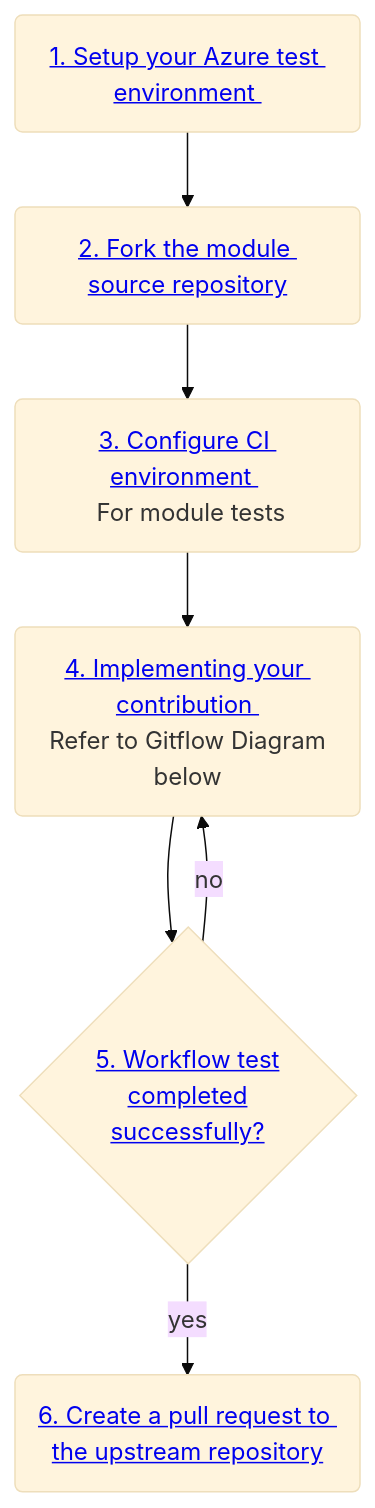
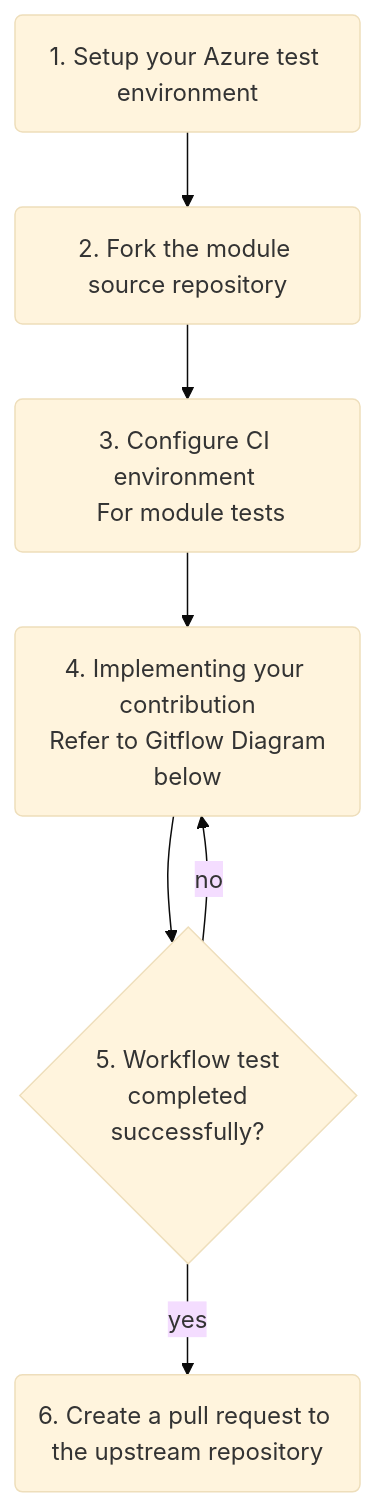
One commit to Azure/Azure-Verified-Modules changed the first of 2 diagrams in docs/content/contributing/bicep/bicep-contribution-flow/_index.md. Above: the diagram before and after it, drawn with Mermaid (base theme). The commit also changed 2 other files, not shown here.

Commit message:
fixing links in mermaid diagrams

```diff
--- a/docs/content/contributing/bicep/bicep-contribution-flow/_index.md
+++ b/docs/content/contributing/bicep/bicep-contribution-flow/_index.md
@@ -12,15 +12,21 @@
 {{< mermaid class="text-center" >}}
 flowchart TD
-A(<a href='/Azure-Verified-Modules/contributing/bicep/bicep-contribution-flow/#1-setup-your-azure-test-environment'>1. Setup your Azure test environment </a>)
-B(<a href='/Azure-Verified-Modules/contributing/bicep/bicep-contribution-flow/#1-setup-your-azure-test-environment'>2. Fork the module source repository</a>)
-C(<a href='/Azure-Verified-Modules/contributing/bicep/bicep-contribution-flow/#3-configure-your-ci-environment'>3. Configure CI environment </a> <br> For module tests)
-D(<a href='/Azure-Verified-Modules/contributing/bicep/bicep-contribution-flow/#4-implement-your-contribution'>4. Implementing your contribution </a><br> Refer to Gitflow Diagram below)
-E{<a href='/Azure-Verified-Modules/contributing/bicep/bicep-contribution-flow/#5-createupdate-and-run-tests'>5. Workflow test <br> completed <br> successfully?</a>}
-F(<a href='/Azure-Verified-Modules/contributing/bicep/bicep-contribution-flow/#6-create-a-pull-request-to-the-public-bicep-registry'>6. Create a pull request to the upstream repository</a>)
+A(1. Setup your Azure test environment)
+  click A "/Azure-Verified-Modules/contributing/bicep/bicep-contribution-flow/#1-setup-your-azure-test-environment"
+B(2. Fork the module source repository)
+  click B "/Azure-Verified-Modules/contributing/bicep/bicep-contribution-flow/#2-fork-the-module-source-repository"
+C(3. Configure CI environment <br> For module tests)
+  click C "/Azure-Verified-Modules/contributing/bicep/bicep-contribution-flow/#3-configure-your-ci-environment"
+D(4. Implementing your contribution<br> Refer to Gitflow Diagram below)
+  click D "/Azure-Verified-Modules/contributing/bicep/bicep-contribution-flow/#4-implement-your-contribution"
+E{5. Workflow test <br> completed <br> successfully?}
+  click E "/Azure-Verified-Modules/contributing/bicep/bicep-contribution-flow/#5-createupdate-and-run-tests"
+F(6. Create a pull request to the upstream repository)
+  click F "/Azure-Verified-Modules/contributing/bicep/bicep-contribution-flow/#6-create-a-pull-request-to-the-public-bicep-registry"
 A --> B
 B --> C
 C --> D
 D --> E
 E -->|yes|F
 E -->|no|D
 {{< /mermaid >}}
```
